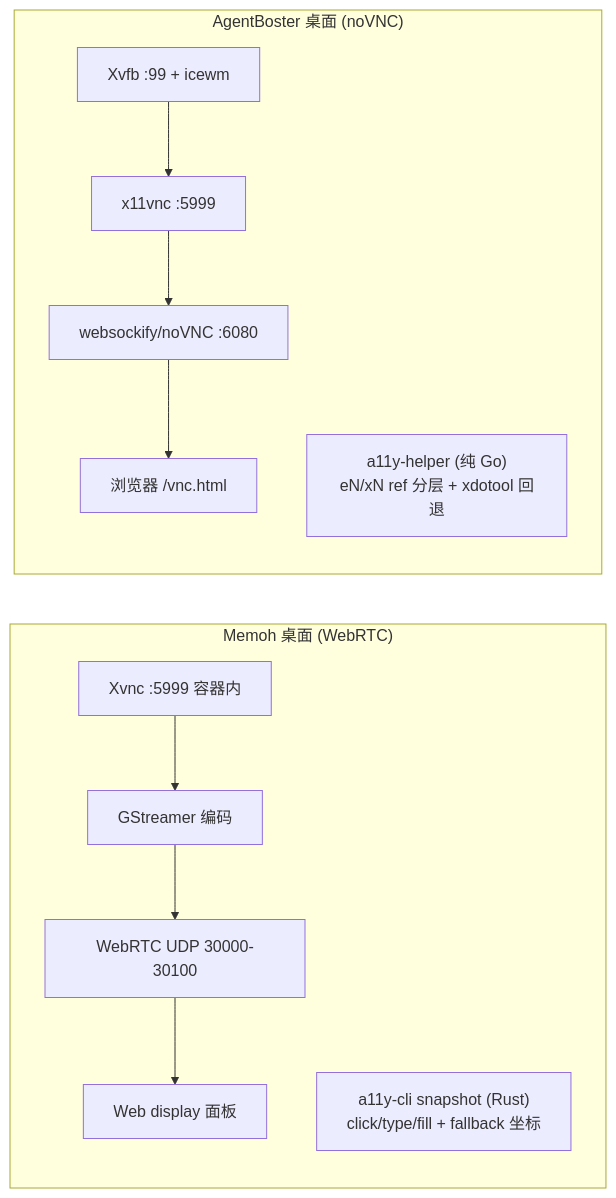
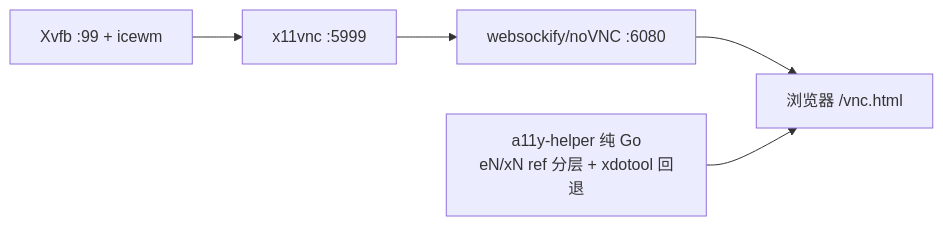
Before and after one commit to NekoSekaiMoe/agentboster: diagram 14 of 32 in docs/memoh-vs-agentboster.md, drawn with Mermaid. The commit also changed other lines of this file, not shown here.

````diff
--- a/docs/memoh-vs-agentboster.md
+++ b/docs/memoh-vs-agentboster.md
@@ -167,15 +211,7 @@
 ```mermaid
 flowchart LR
-    subgraph Memoh["Memoh 桌面 (WebRTC)"]
-        MX["Xvnc :5999 容器内"] --> MG["GStreamer 编码"]
-        MG --> MW["WebRTC UDP 30000-30100"]
-        MW --> MUI["Web display 面板"]
-        MA["a11y-cli snapshot (Rust)<br/>click/type/fill + fallback 坐标"]
-    end
-    subgraph AgentBoster["AgentBoster 桌面 (noVNC)"]
-        AX["Xvfb :99 + icewm"] --> AV["x11vnc :5999"]
-        AV --> AW["websockify/noVNC :6080"]
-        AW --> AUI["浏览器 /vnc.html"]
-        AH["a11y-helper (纯 Go)<br/>eN/xN ref 分层 + xdotool 回退"]
-    end
+    B1["Xvfb :99 + icewm"] --> B2["x11vnc :5999"]
+    B2 --> B3["websockify/noVNC :6080"]
+    B3 --> B4["浏览器 /vnc.html"]
+    B5["a11y-helper 纯 Go<br/>eN/xN ref 分层 + xdotool 回退"] --> B4
 ```
````
